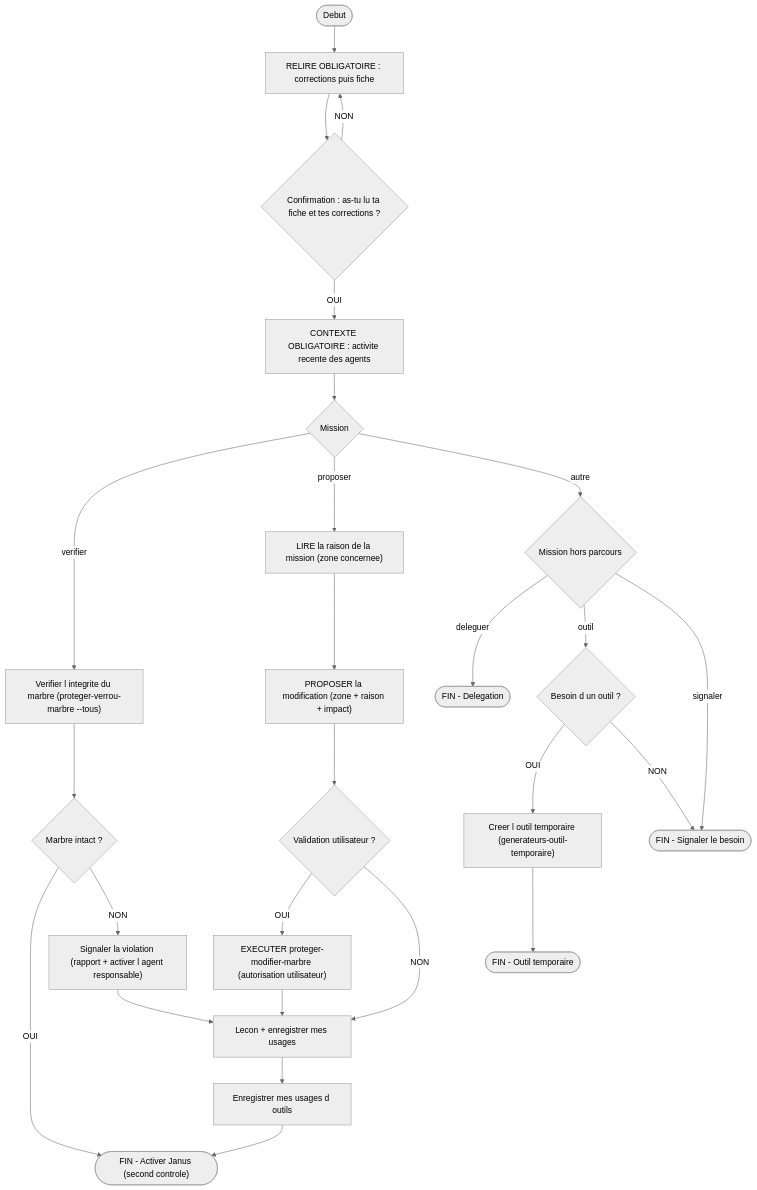
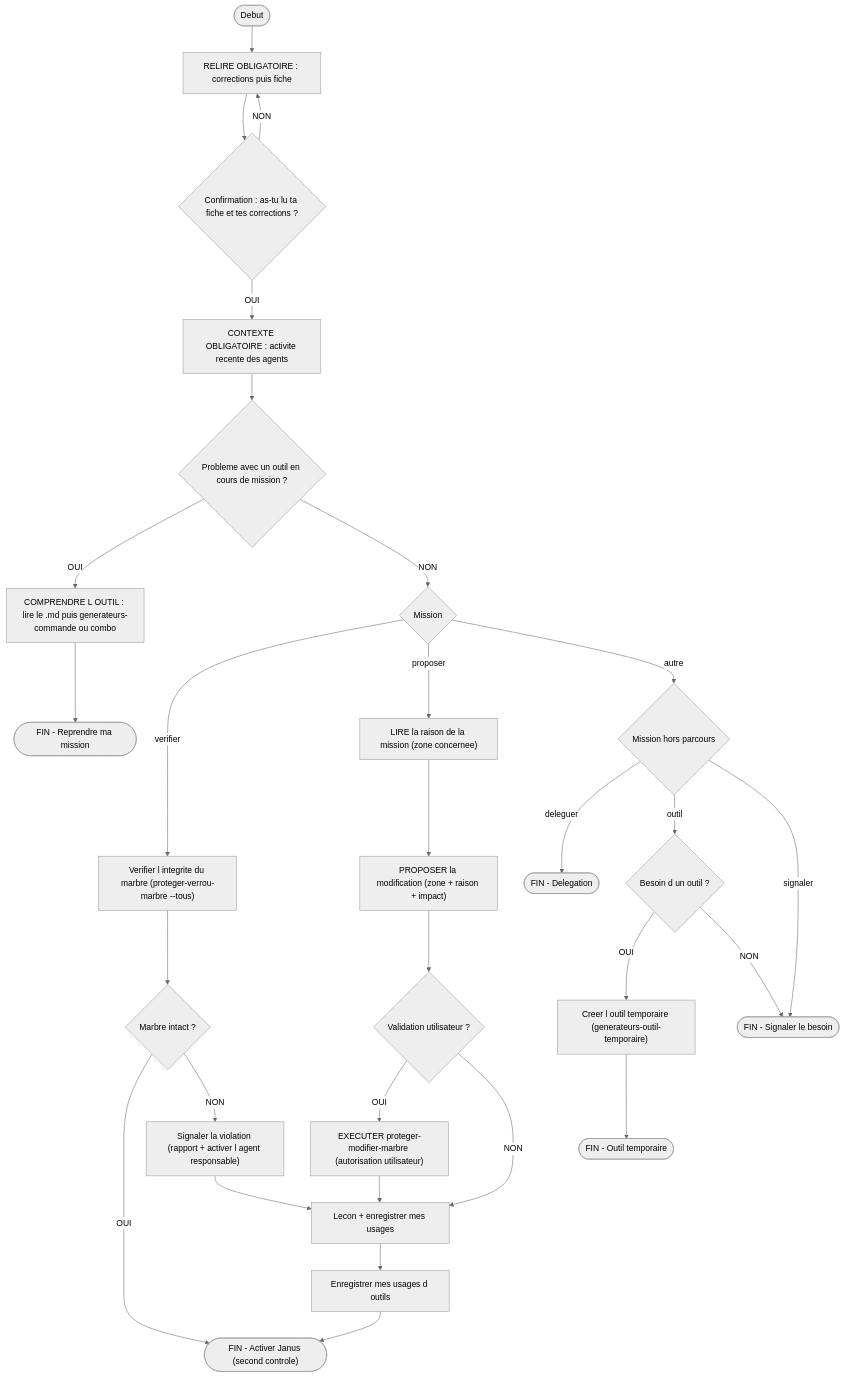
The diagram in cerveau-projet/cartes-vues/mermaid/gardien.mmd (French-Team/minautor-agents-service-v2), drawn with Mermaid (neutral theme) before and after one commit. The commit also changed 165 other files, not shown here.

```diff
--- a/cerveau-projet/cartes-vues/mermaid/gardien.mmd
+++ b/cerveau-projet/cartes-vues/mermaid/gardien.mmd
@@ -1,47 +1,53 @@
-%% Carte de decision de gardien (parcours v0.2.1)
+%% Carte de decision de gardien (parcours v0.2.4)
 flowchart TD
     START(["Debut"]) --> c0
     c0["RELIRE OBLIGATOIRE : corrections puis fiche"]
     c0b{"Confirmation : as-tu lu ta fiche et tes corrections ?"}
     c0c["CONTEXTE OBLIGATOIRE : activite recente des agents"]
     c1{"Mission"}
     c2["Verifier l integrite du marbre (proteger-verrou-marbre --tous)"]
     c29{"Mission hors parcours"}
     c29a(["FIN - Delegation"])
     c29b{"Besoin d un outil ?"}
     c29c["Creer l outil temporaire (generateurs-outil-temporaire)"]
     c29d(["FIN - Outil temporaire"])
     c29e(["FIN - Signaler le besoin"])
     c2a{"Marbre intact ?"}
     c2b["Signaler la violation (rapport + activer l agent responsable)"]
     c3["LIRE la raison de la mission (zone concernee)"]
     c4["PROPOSER la modification (zone + raison + impact)"]
     c5{"Validation utilisateur ?"}
     c6["EXECUTER proteger-modifier-marbre (autorisation utilisateur)"]
     c7["Lecon + enregistrer mes usages"]
     c8["Enregistrer mes usages d outils"]
     c9(["FIN - Activer Janus (second controle)"])
+    cU1{"Probleme avec un outil en cours de mission ?"}
+    cU2["COMPRENDRE L OUTIL : lire le .md puis generateurs-commande ou combo"]
+    cU3(["FIN - Reprendre ma mission"])
     c0 --> c0b
     c0b -- "OUI" --> c0c
     c0b -- "NON" --> c0
-    c0c --> c1
+    c0c --> cU1
     c1 -- "verifier" --> c2
     c1 -- "proposer" --> c3
     c1 -- "autre" --> c29
     c2 --> c2a
     c29 -- "deleguer" --> c29a
     c29 -- "outil" --> c29b
     c29 -- "signaler" --> c29e
     c29b -- "OUI" --> c29c
     c29b -- "NON" --> c29e
     c29c --> c29d
     c2a -- "OUI" --> c9
     c2a -- "NON" --> c2b
     c2b --> c7
     c3 --> c4
     c4 --> c5
     c5 -- "OUI" --> c6
     c5 -- "NON" --> c7
     c6 --> c7
     c7 --> c8
     c8 --> c9
+    cU1 -- "OUI" --> cU2
+    cU1 -- "NON" --> c1
+    cU2 --> cU3
```
